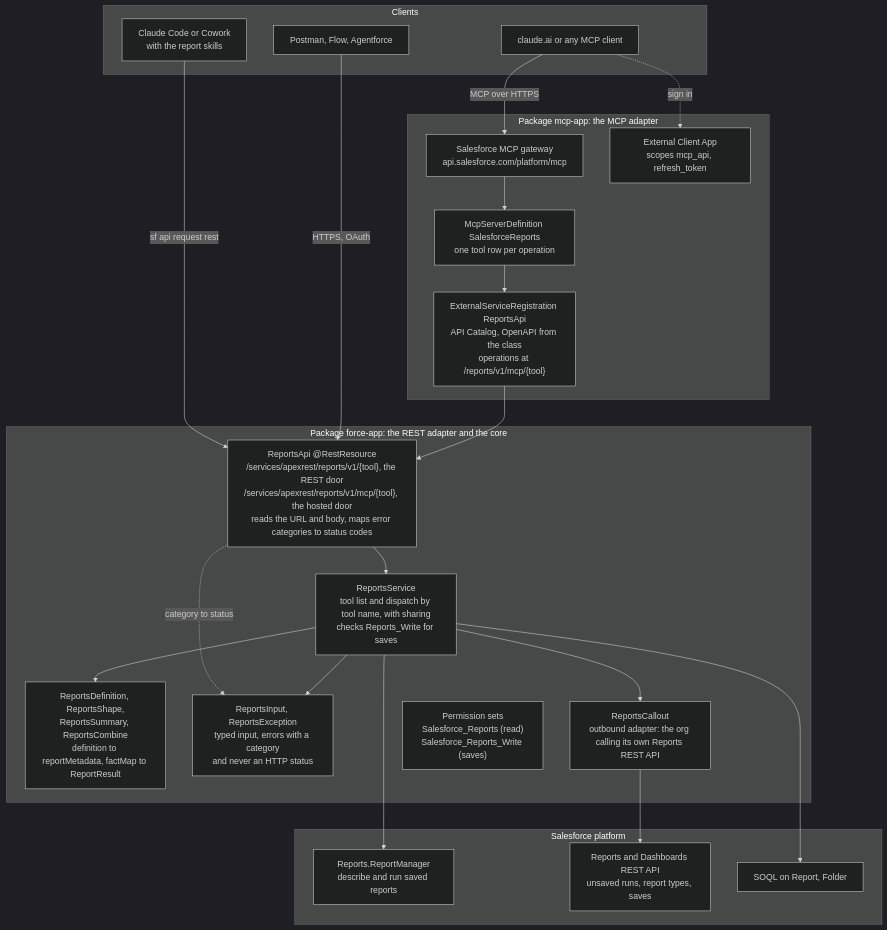
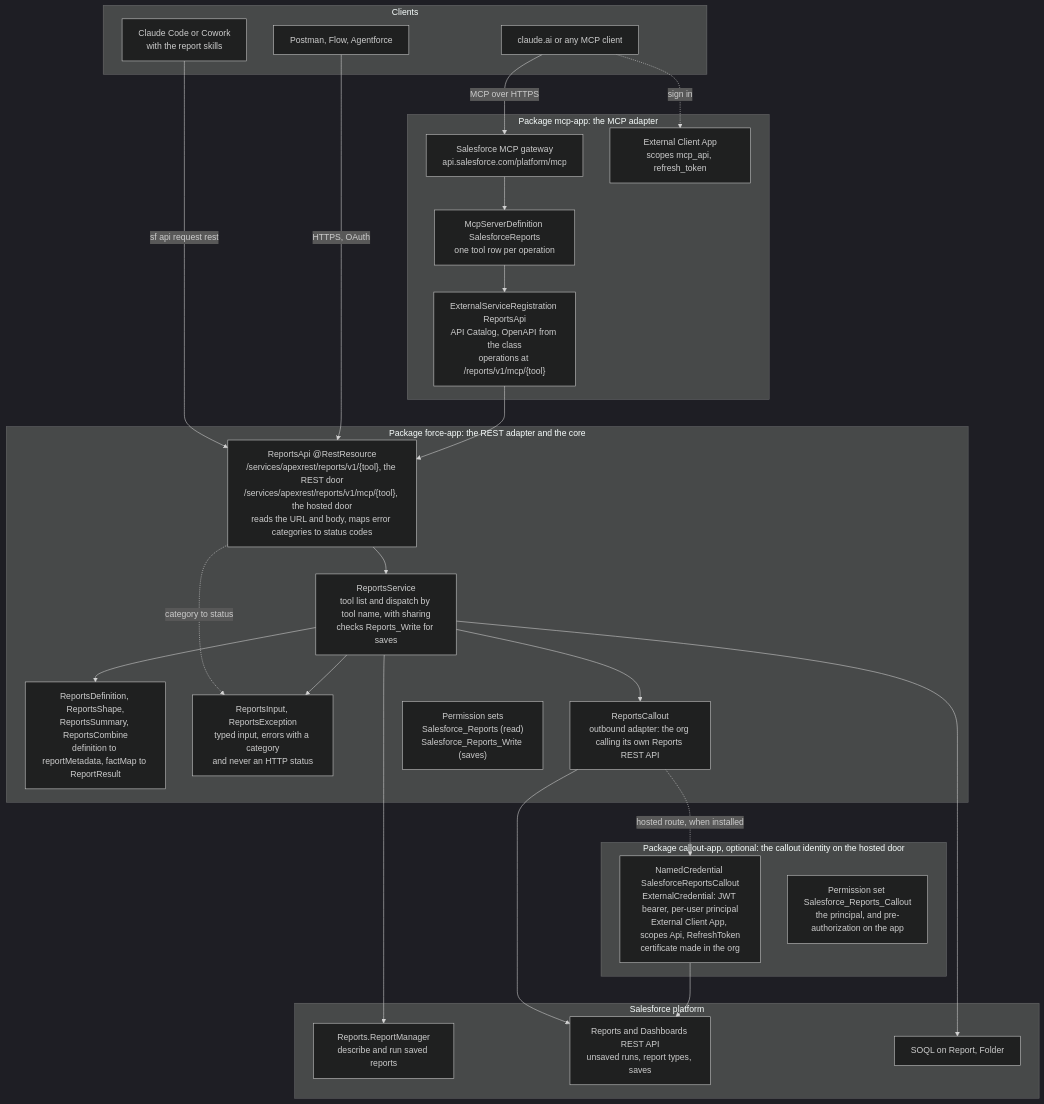
The first of 5 diagrams in docs/architecture.md (nelsben/salesforce-reports-mcp), drawn with Mermaid (dark theme) before and after one commit. The commit also changed other lines of this file and 37 other files, not shown here.

First line of the commit message:
salesforce: the hosted door calls out through an optional per-user JWT named credential

````diff
--- a/docs/architecture.md
+++ b/docs/architecture.md
@@ -21,43 +21,49 @@
 ```mermaid
 flowchart TB
   subgraph clients [Clients]
     CC["Claude Code or Cowork<br/>with the report skills"]
     AI["claude.ai or any MCP client"]
     HTTP["Postman, Flow, Agentforce"]
   end
 
   subgraph mcpapp [Package mcp-app: the MCP adapter]
     GW["Salesforce MCP gateway<br/>api.salesforce.com/platform/mcp"]
     DEF["McpServerDefinition SalesforceReports<br/>one tool row per operation"]
     ESR["ExternalServiceRegistration ReportsApi<br/>API Catalog, OpenAPI from the class<br/>operations at /reports/v1/mcp/{tool}"]
     ECA["External Client App<br/>scopes mcp_api, refresh_token"]
   end
 
   subgraph forceapp [Package force-app: the REST adapter and the core]
     API["ReportsApi @RestResource<br/>/services/apexrest/reports/v1/{tool}, the REST door<br/>/services/apexrest/reports/v1/mcp/{tool}, the hosted door<br/>reads the URL and body, maps error categories to status codes"]
     SVC["ReportsService<br/>tool list and dispatch by tool name, with sharing<br/>checks Reports_Write for saves"]
     SHAPE["ReportsDefinition, ReportsShape,<br/>ReportsSummary, ReportsCombine<br/>definition to reportMetadata, factMap to ReportResult"]
     ERR["ReportsInput, ReportsException<br/>typed input, errors with a category<br/>and never an HTTP status"]
     CALL["ReportsCallout<br/>outbound adapter: the org calling its own Reports REST API"]
     PS["Permission sets<br/>Salesforce_Reports (read)<br/>Salesforce_Reports_Write (saves)"]
   end
 
+  subgraph calloutapp [Package callout-app, optional: the callout identity on the hosted door]
+    NC["NamedCredential SalesforceReportsCallout<br/>ExternalCredential: JWT bearer, per-user principal<br/>External Client App, scopes Api, RefreshToken<br/>certificate made in the org"]
+    PSC["Permission set Salesforce_Reports_Callout<br/>the principal, and pre-authorization on the app"]
+  end
+
   subgraph platform [Salesforce platform]
     RM["Reports.ReportManager<br/>describe and run saved reports"]
     REST["Reports and Dashboards REST API<br/>unsaved runs, report types, saves"]
     SOQL["SOQL on Report, Folder"]
   end
 
   CC -->|sf api request rest| API
   HTTP -->|HTTPS, OAuth| API
   AI -->|MCP over HTTPS| GW
   GW --> DEF --> ESR --> API
   AI -.->|sign in| ECA
   API --> SVC
   API -.->|category to status| ERR
   SVC --> SHAPE
   SVC --> ERR
   SVC --> RM
   SVC --> SOQL
   SVC --> CALL --> REST
+  CALL -.->|hosted route, when installed| NC --> REST
 ```
````
